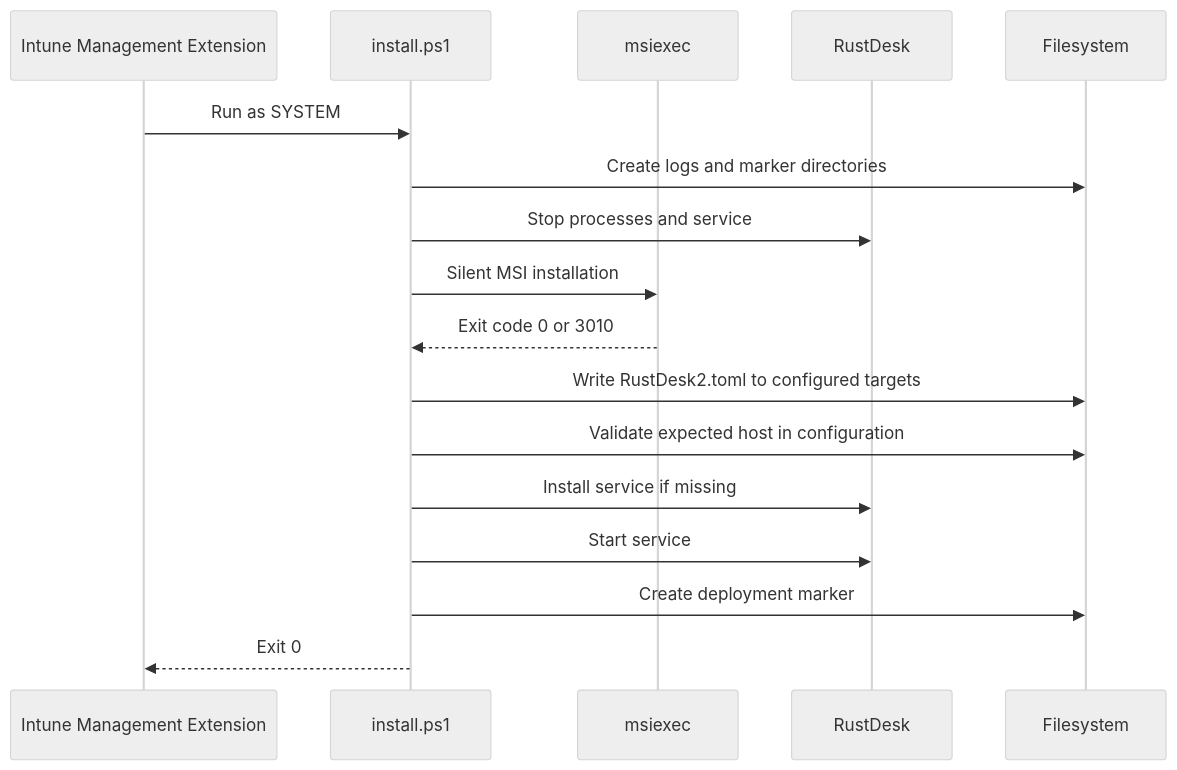
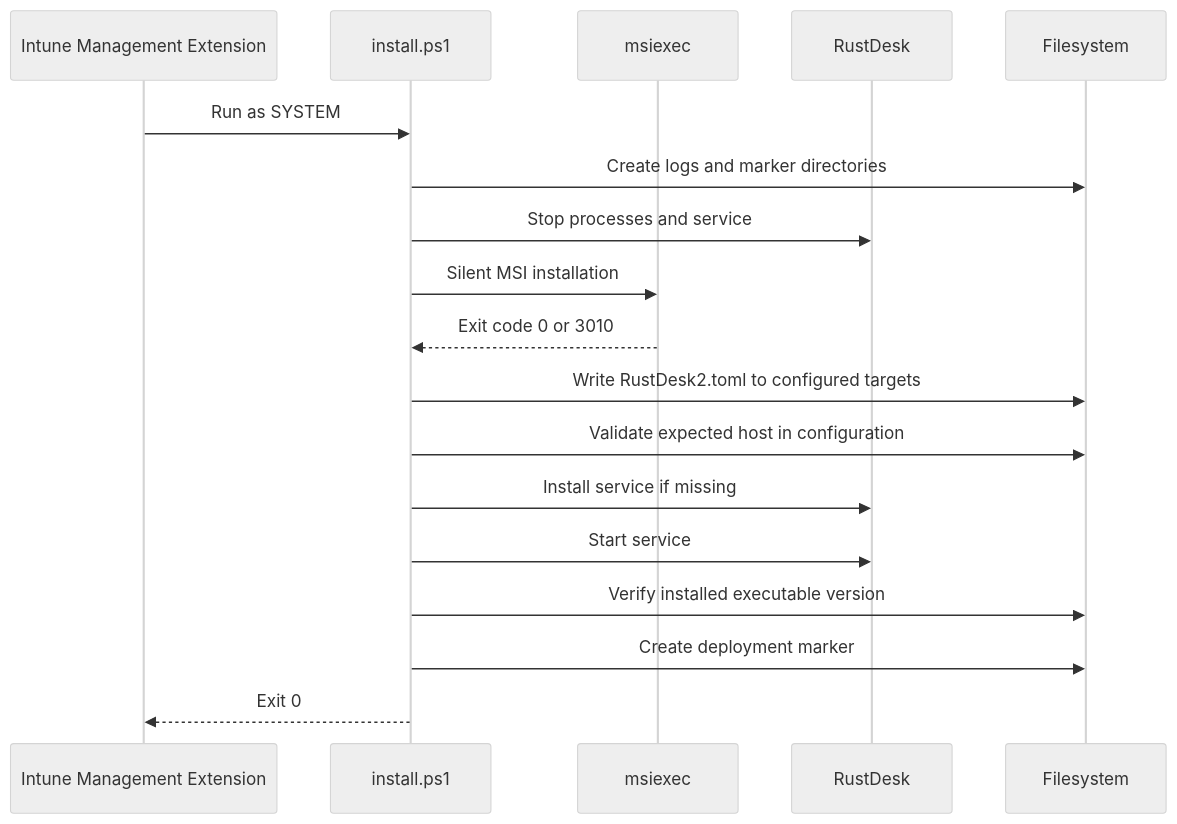
One commit to diogowermann/RustDeskIntuneDeployment changed the second of 3 diagrams in README.md. Above: the diagram before and after it, drawn with Mermaid (neutral theme). The commit also changed other lines of this file and 10 other files, not shown here.

Commit message:
feat: verify installed RustDesk version during Intune deployment (#3)

````diff
--- a/README.md
+++ b/README.md
@@ -206,20 +210,21 @@
 ```mermaid
 sequenceDiagram
     participant I as Intune Management Extension
     participant S as install.ps1
     participant M as msiexec
     participant R as RustDesk
     participant F as Filesystem
 
     I->>S: Run as SYSTEM
     S->>F: Create logs and marker directories
     S->>R: Stop processes and service
     S->>M: Silent MSI installation
     M-->>S: Exit code 0 or 3010
     S->>F: Write RustDesk2.toml to configured targets
     S->>F: Validate expected host in configuration
     S->>R: Install service if missing
     S->>R: Start service
+    S->>F: Verify installed executable version
     S->>F: Create deployment marker
     S-->>I: Exit 0
 ```
````
